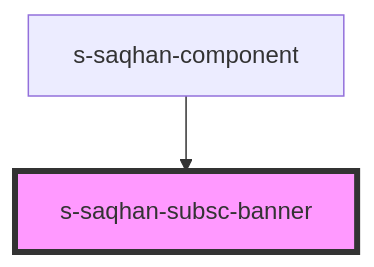
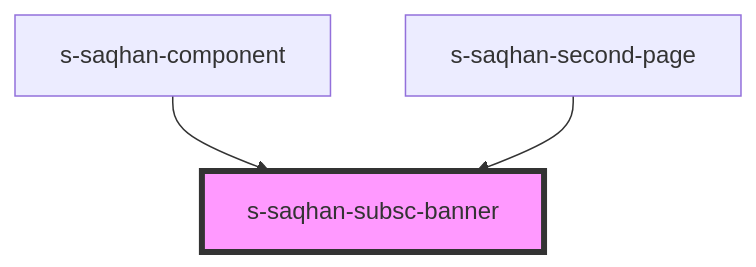
Before and after one commit to saqhan/stencil: the diagram in src/components/res/view/s-saqhan-subsc-banner/readme.md, drawn with Mermaid. The commit also changed other lines of this file and 26 other files, not shown here.

Commit message:
add second page

````diff
--- a/src/components/res/view/s-saqhan-subsc-banner/readme.md
+++ b/src/components/res/view/s-saqhan-subsc-banner/readme.md
@@ -30,5 +31,6 @@
 ```mermaid
 graph TD;
   s-saqhan-component --> s-saqhan-subsc-banner
+  s-saqhan-second-page --> s-saqhan-subsc-banner
   style s-saqhan-subsc-banner fill:#f9f,stroke:#333,stroke-width:4px
 ```
````
